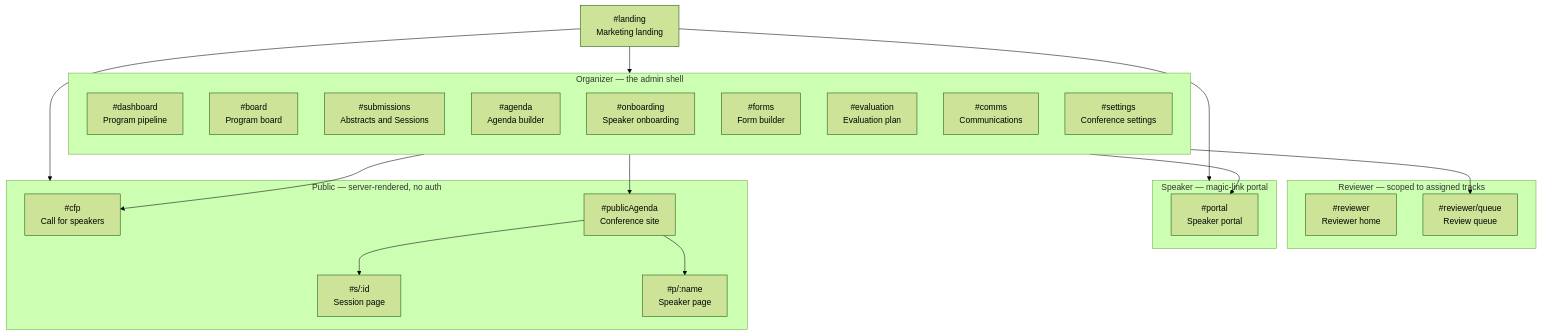
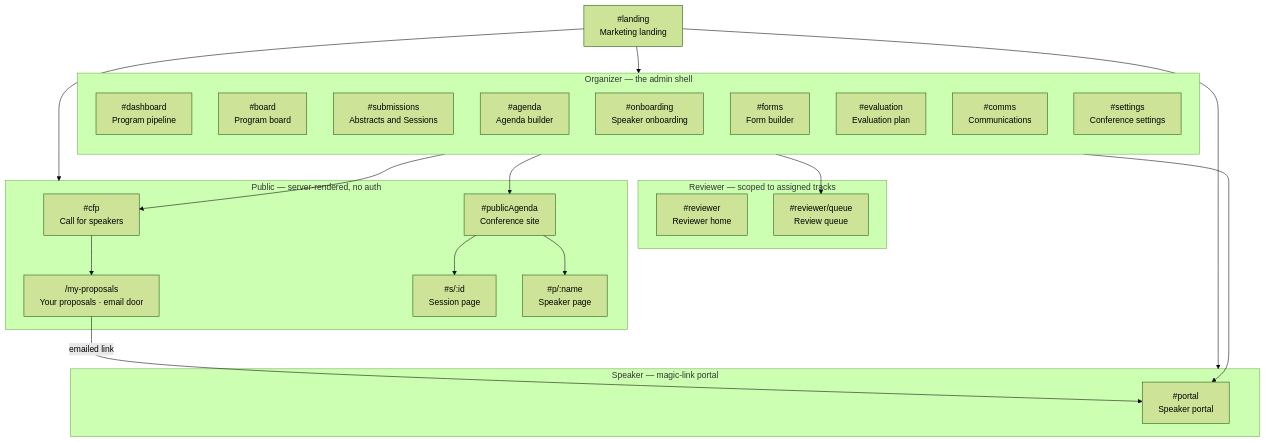
Before and after one commit to Stage-11-Agentics/marquee: the first of 6 diagrams in SITEMAP.md, drawn with Mermaid (forest theme). The commit also changed other lines of this file and 32 other files, not shown here.

````diff
--- a/SITEMAP.md
+++ b/SITEMAP.md
@@ -15,44 +15,47 @@
 ```mermaid
 flowchart TD
   Landing["#landing<br/>Marketing landing"]
 
   Landing --> Organizer
   Landing --> Speaker
   Landing --> Public
 
   subgraph Organizer["Organizer — the admin shell"]
     direction TB
     Dash["#dashboard<br/>Program pipeline"]
     Board["#board<br/>Program board"]
     Subs["#submissions<br/>Abstracts and Sessions"]
     Agenda["#agenda<br/>Agenda builder"]
     Onboard["#onboarding<br/>Speaker onboarding"]
     Forms["#forms<br/>Form builder"]
     Eval["#evaluation<br/>Evaluation plan"]
     Comms["#comms<br/>Communications"]
     Settings["#settings<br/>Conference settings"]
   end
 
   subgraph Reviewer["Reviewer — scoped to assigned tracks"]
     Home["#reviewer<br/>Reviewer home"]
     Queue["#reviewer/queue<br/>Review queue"]
   end
 
   subgraph Speaker["Speaker — magic-link portal"]
     Portal["#portal<br/>Speaker portal"]
   end
 
   subgraph Public["Public — server-rendered, no auth"]
     CFP["#cfp<br/>Call for speakers"]
+    Proposals["/my-proposals<br/>Your proposals · email door"]
     Site["#publicAgenda<br/>Conference site"]
     Session["#s/:id<br/>Session page"]
     Person["#p/:name<br/>Speaker page"]
   end
 
   Eval --> Queue
   Forms --> CFP
   Agenda --> Site
   Site --> Session
   Site --> Person
   Onboard --> Portal
+  CFP --> Proposals
+  Proposals -->|emailed link| Portal
 ```
````
